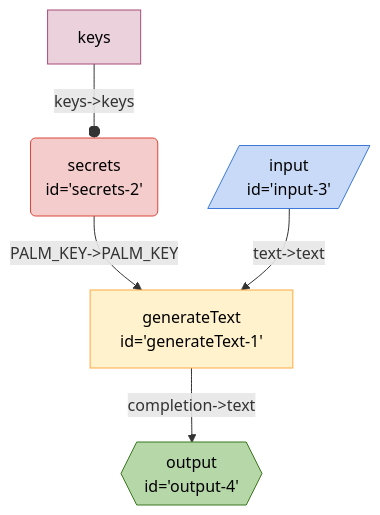
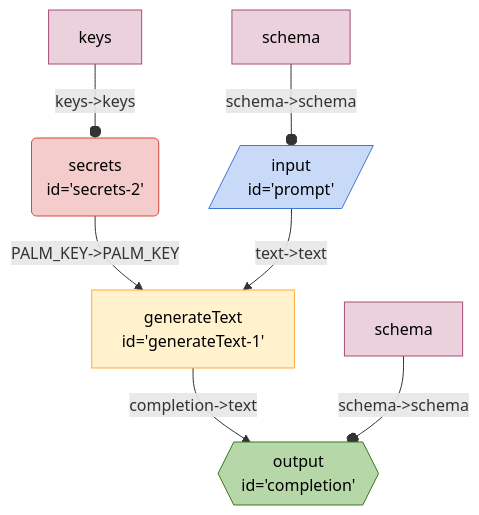
Before and after one commit to breadboard-ai/breadboard: the diagram in seeds/graph-playground/docs/graphs/simplest.md, drawn with Mermaid. The commit also changed 2 other files, not shown here.

Commit message:
[graph-playground] Modernize `simplest`.

````diff
--- a/seeds/graph-playground/docs/graphs/simplest.md
+++ b/seeds/graph-playground/docs/graphs/simplest.md
@@ -5,16 +5,18 @@
   ```mermaid
   %%{init: 'themeVariables': { 'fontFamily': 'Fira Code, monospace' }}%%
 graph TD;
 secrets2("secrets <br> id='secrets-2'"):::secrets -- "PALM_KEY->PALM_KEY" --> generateText1["generateText <br> id='generateText-1'"]
-generateText1["generateText <br> id='generateText-1'"] -- "completion->text" --> output4{{"output <br> id='output-4'"}}:::output
-input3[/"input <br> id='input-3'"/]:::input -- "text->text" --> generateText1["generateText <br> id='generateText-1'"]
+generateText1["generateText <br> id='generateText-1'"] -- "completion->text" --> completion{{"output <br> id='completion'"}}:::output
+prompt[/"input <br> id='prompt'"/]:::input -- "text->text" --> generateText1["generateText <br> id='generateText-1'"]
 keyssecrets2[keys]:::config -- "keys->keys" --o secrets2
+schemaprompt[schema]:::config -- "schema->schema" --o prompt
+schemacompletion[schema]:::config -- "schema->schema" --o completion
 classDef default stroke:#ffab40,fill:#fff2ccff,color:#000
 classDef input stroke:#3c78d8,fill:#c9daf8ff,color:#000
 classDef output stroke:#38761d,fill:#b6d7a8ff,color:#000
 classDef passthrough stroke:#a64d79,fill:#ead1dcff,color:#000
 classDef slot stroke:#a64d79,fill:#ead1dcff,color:#000
 classDef config stroke:#a64d79,fill:#ead1dcff,color:#000
 classDef secrets stroke:#db4437,fill:#f4cccc,color:#000
 classDef slotted stroke:#a64d79
   ```
````
